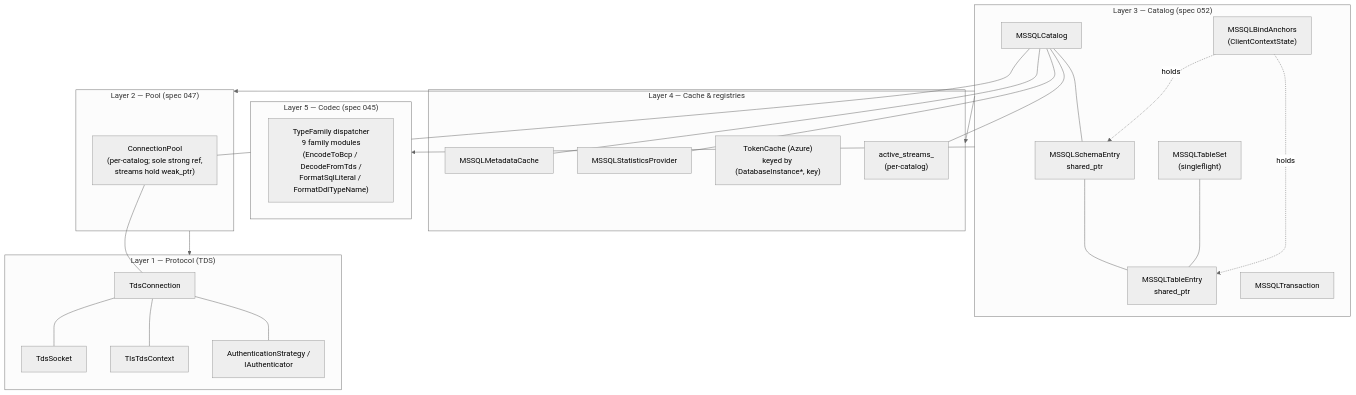
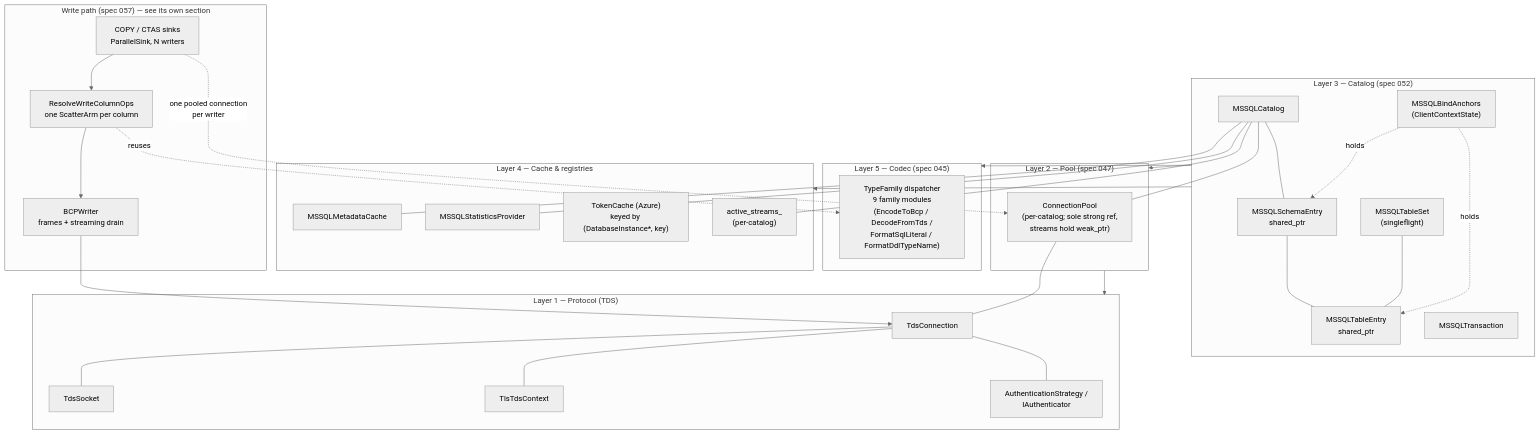
The first of 13 diagrams in DATAMODEL.md (hugr-lab/mssql-extension), drawn with Mermaid (neutral theme) before and after one commit. The commit also changed other lines of this file, not shown here.

````diff
--- a/DATAMODEL.md
+++ b/DATAMODEL.md
@@ -13,46 +15,56 @@
 ```mermaid
 flowchart TD
     subgraph L5["Layer 5 — Codec (spec 045)"]
         codec["TypeFamily dispatcher<br/>9 family modules<br/>(EncodeToBcp / DecodeFromTds /<br/>FormatSqlLiteral / FormatDdlTypeName)"]
     end
     subgraph L4["Layer 4 — Cache & registries"]
         meta[MSSQLMetadataCache]
         stats[MSSQLStatisticsProvider]
         token["TokenCache (Azure)<br/>keyed by (DatabaseInstance*, key)"]
         streams["active_streams_<br/>(per-catalog)"]
     end
     subgraph L3["Layer 3 — Catalog (spec 052)"]
         cat[MSSQLCatalog]
         sch["MSSQLSchemaEntry<br/>shared_ptr"]
         tbl["MSSQLTableEntry<br/>shared_ptr"]
         tset["MSSQLTableSet<br/>(singleflight)"]
         anchors["MSSQLBindAnchors<br/>(ClientContextState)"]
         tx[MSSQLTransaction]
     end
     subgraph L2["Layer 2 — Pool (spec 047)"]
         pool["ConnectionPool<br/>(per-catalog; sole strong ref,<br/>streams hold weak_ptr)"]
     end
     subgraph L1["Layer 1 — Protocol (TDS)"]
         conn[TdsConnection]
         sock[TdsSocket]
         tls[TlsTdsContext]
         auth["AuthenticationStrategy /<br/>IAuthenticator"]
     end
+    subgraph LW["Write path (spec 057) — see its own section"]
+        sinks["COPY / CTAS sinks<br/>ParallelSink, N writers"]
+        ops["ResolveWriteColumnOps<br/>one ScatterArm per column"]
+        bcp["BCPWriter<br/>frames + streaming drain"]
+    end
     L3 --> L4
     L3 --> L2
     L3 --> L5
     L2 --> L1
+    sinks --> ops
+    ops --> bcp
+    ops -.reuses.-> codec
+    sinks -.one pooled connection<br/>per writer.-> pool
+    bcp --> conn
     cat --- pool
     cat --- meta
     cat --- stats
     cat --- streams
     cat --- sch
     sch --- tbl
     tset --- tbl
     anchors -.holds.-> tbl
     anchors -.holds.-> sch
     pool --- conn
     conn --- sock
     conn --- tls
     conn --- auth
 ```
````
